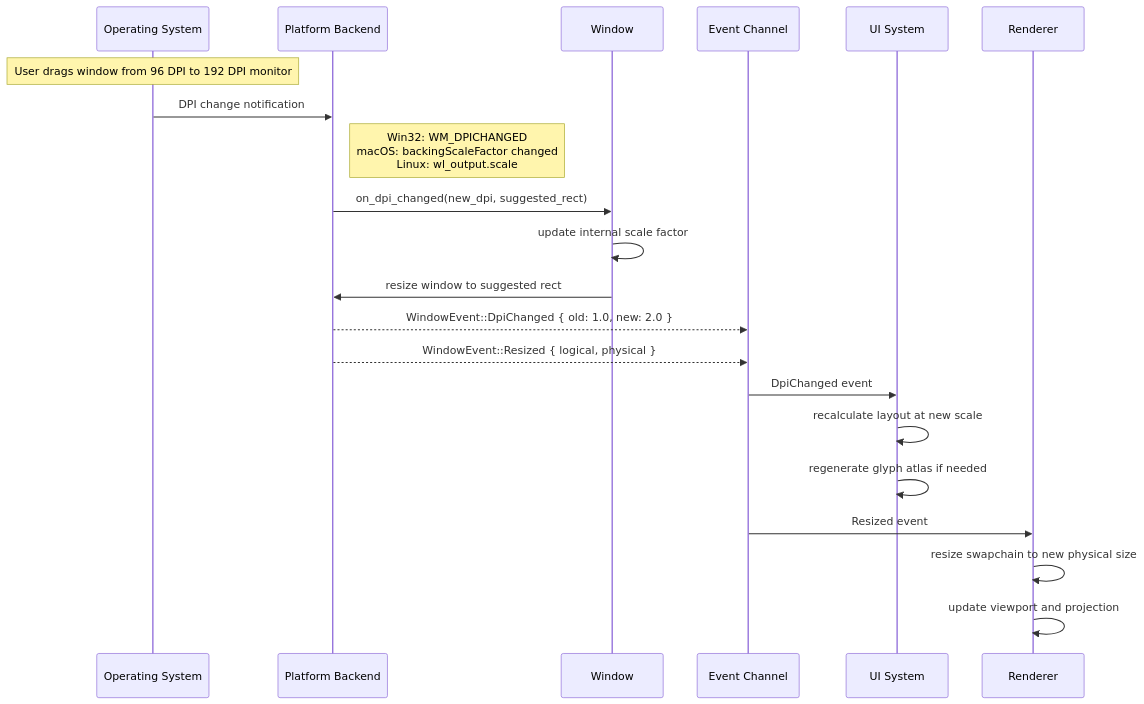
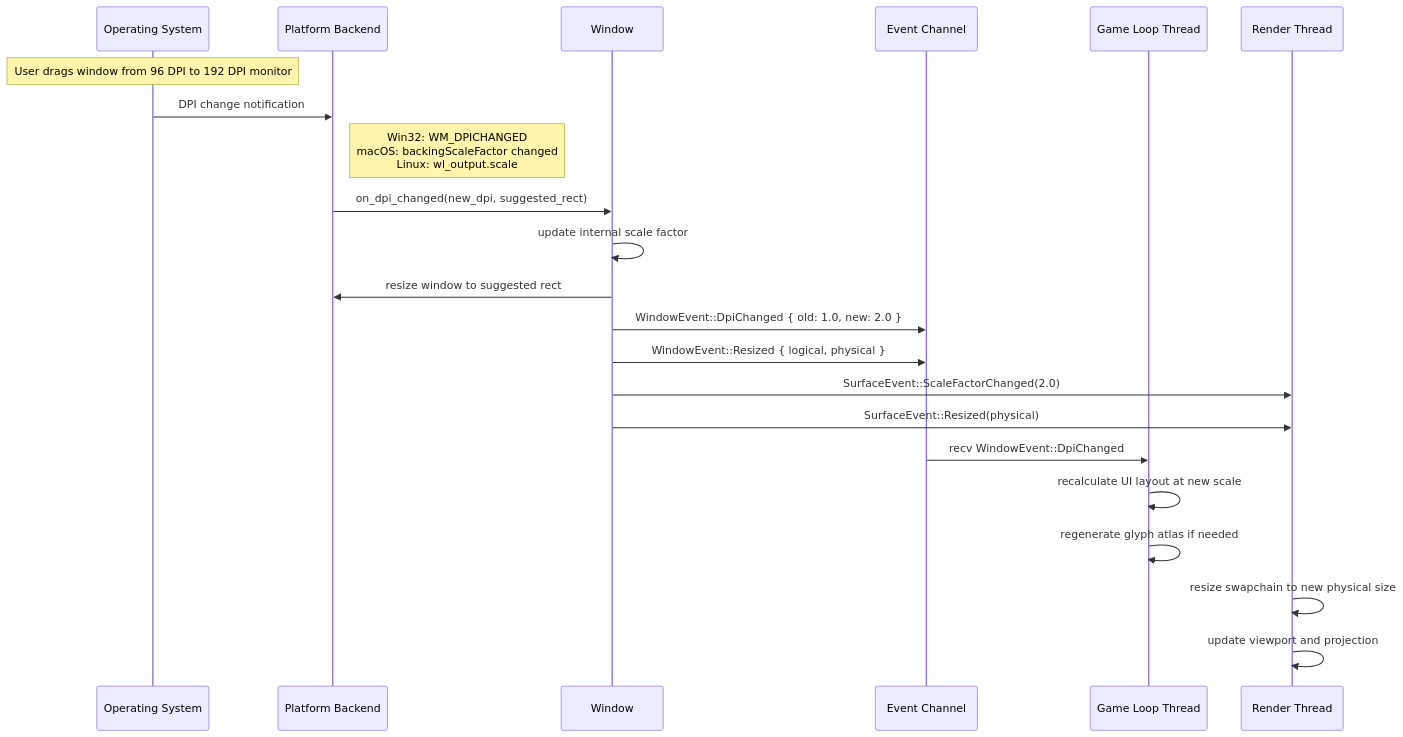
One commit to harmonius-dev/harmonius changed the third of 5 diagrams in docs/design/platform/windowing.md. Above: the diagram before and after it, drawn with Mermaid. The commit also changed other lines of this file and 174 other files, not shown here.

````diff
--- a/docs/design/platform/windowing.md
+++ b/docs/design/platform/windowing.md
@@ -182,28 +195,29 @@
 ```mermaid
 sequenceDiagram
     participant OS as Operating System
     participant P as Platform Backend
     participant W as Window
     participant EC as Event Channel
-    participant UI as UI System
-    participant R as Renderer
+    participant GL as Game Loop Thread
+    participant RT as Render Thread
 
     Note over OS: User drags window from 96 DPI to 192 DPI monitor
 
     OS->>P: DPI change notification
     Note right of P: Win32: WM_DPICHANGED<br/>macOS: backingScaleFactor changed<br/>Linux: wl_output.scale
 
     P->>W: on_dpi_changed(new_dpi, suggested_rect)
     W->>W: update internal scale factor
     W->>P: resize window to suggested rect
-    P-->>EC: WindowEvent::DpiChanged { old: 1.0, new: 2.0 }
-    P-->>EC: WindowEvent::Resized { logical, physical }
+    W->>EC: WindowEvent::DpiChanged { old: 1.0, new: 2.0 }
+    W->>EC: WindowEvent::Resized { logical, physical }
+    W->>RT: SurfaceEvent::ScaleFactorChanged(2.0)
+    W->>RT: SurfaceEvent::Resized(physical)
 
-    EC->>UI: DpiChanged event
-    UI->>UI: recalculate layout at new scale
-    UI->>UI: regenerate glyph atlas if needed
+    EC->>GL: recv WindowEvent::DpiChanged
+    GL->>GL: recalculate UI layout at new scale
+    GL->>GL: regenerate glyph atlas if needed
 
-    EC->>R: Resized event
-    R->>R: resize swapchain to new physical size
-    R->>R: update viewport and projection
+    RT->>RT: resize swapchain to new physical size
+    RT->>RT: update viewport and projection
 ```
````
